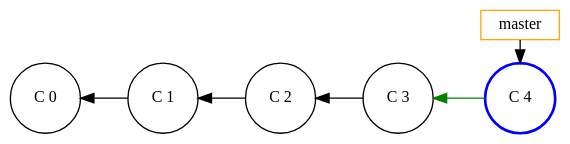
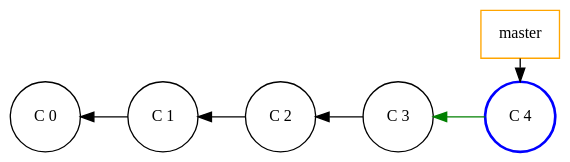
Before and after one commit to Gepardec/git-training: the diagram in slides/intro/src/docs/asciidoc/graphviz/git-fast-fwd-2.dot, drawn with Graphviz. The commit also changed 8 other files, not shown here.

Commit message:
- Some changes on graphs - Added section about git commit, branch, tags (labels in common)

```diff
--- a/slides/intro/src/docs/asciidoc/graphviz/git-fast-fwd-2.dot
+++ b/slides/intro/src/docs/asciidoc/graphviz/git-fast-fwd-2.dot
@@ -1,30 +1,30 @@
 digraph git_merge_fast_fwd {
     splines=line
     rankdir=LR
     bgcolor=transparent
 
-    node[height=0.3, shape=rect,fontsize=12.0, style="", color=orange]
+    node[width=0.3, shape=rect,fontsize=12.0, style="", color=orange]
     edge[dir=back, style=""]
     master [label="master"]
 
     node[shape=circle,fontsize=12.0, style="", color=""]
     edge[dir=back, style=""]
 
     c_0 [label="C 0", group=master]
     c_1 [label="C 1", group=master]
     c_2 [label="C 2", group=master]
     c_3 [label="C 3", group=master]
 
     /* Marked nodes */
     node[shape=circle, color=blue, style=bold]
     c_4 [label="C 4", group=master]
 
     edge[style=""]
     c_0 -> c_1 -> c_2
     c_2 -> c_3
     master -> c_4 [dir=""]
     edge[color=green]
     c_3 -> c_4
 
     {rank=same; c_4 master}
 }
```
